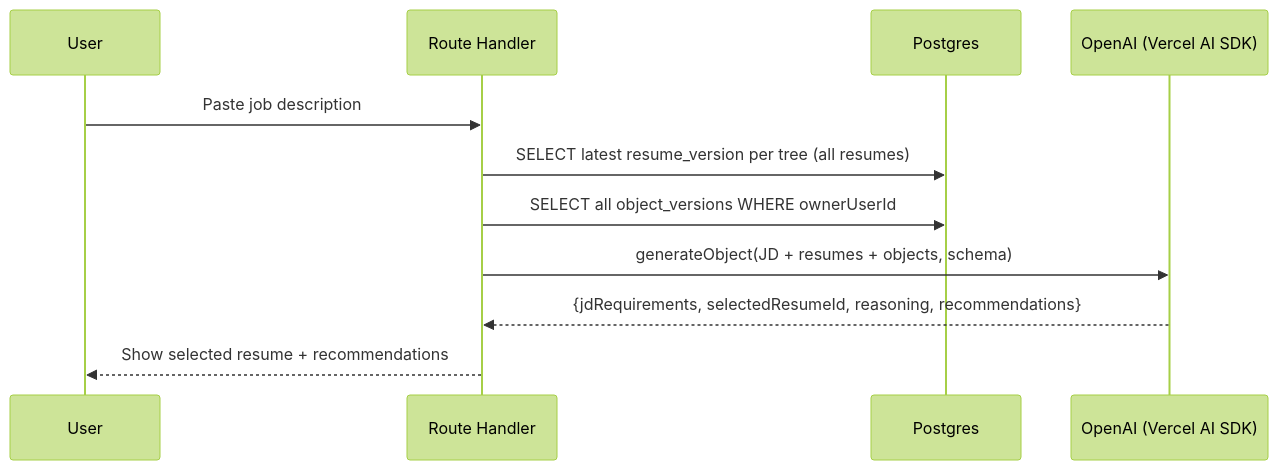
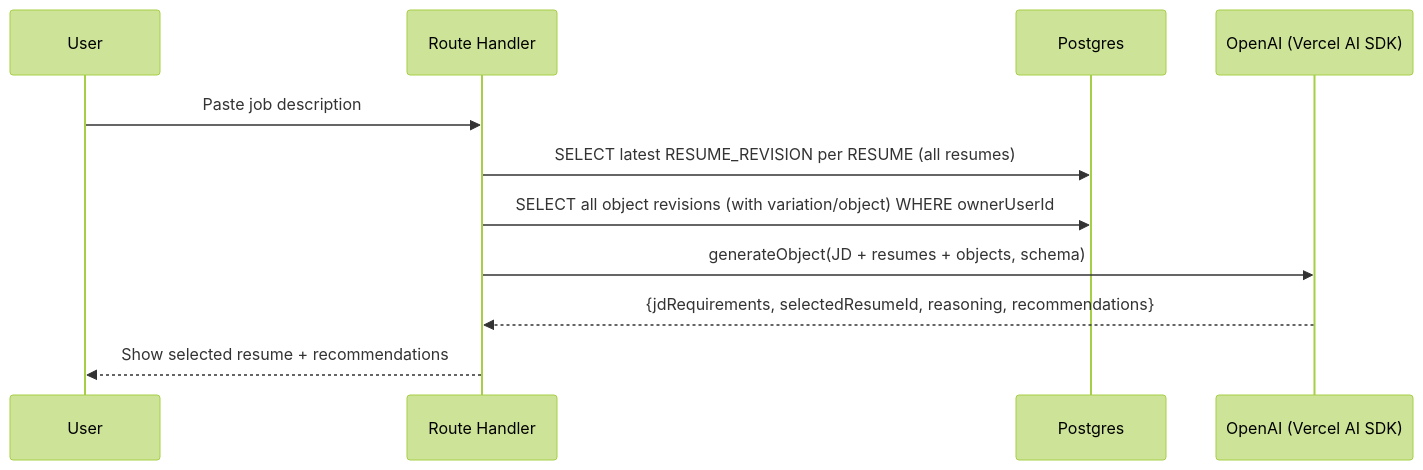
Before and after one commit to NiceKim/career-profile: the fifth of 5 diagrams in docs/superpowers/specs/2026-08-16-resume-version-control-design.md, drawn with Mermaid (forest theme). The commit also changed other lines of this file and 1 other file, not shown here.

First line of the commit message:
docs: finalize object/resume normalization spec + implementation plan

````diff
--- a/docs/superpowers/specs/2026-08-16-resume-version-control-design.md
+++ b/docs/superpowers/specs/2026-08-16-resume-version-control-design.md
@@ -184,14 +199,14 @@
 ```mermaid
 sequenceDiagram
     participant U as User
     participant App as Route Handler
     participant DB as Postgres
     participant AI as OpenAI (Vercel AI SDK)
 
     U->>App: Paste job description
-    App->>DB: SELECT latest resume_version per tree (all resumes)
-    App->>DB: SELECT all object_versions WHERE ownerUserId
+    App->>DB: SELECT latest RESUME_REVISION per RESUME (all resumes)
+    App->>DB: SELECT all object revisions (with variation/object) WHERE ownerUserId
     App->>AI: generateObject(JD + resumes + objects, schema)
     AI-->>App: {jdRequirements, selectedResumeId, reasoning, recommendations}
     App-->>U: Show selected resume + recommendations
 ```
````
